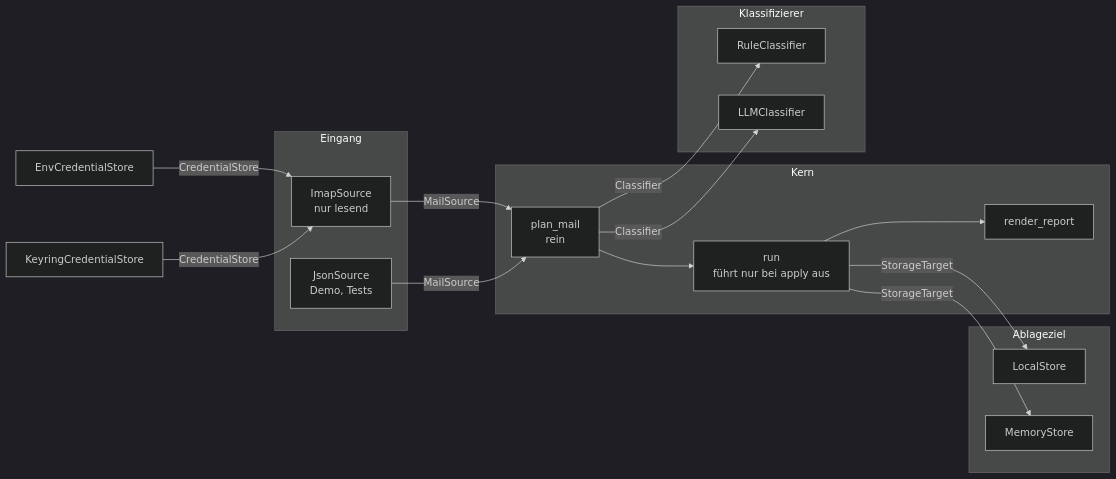
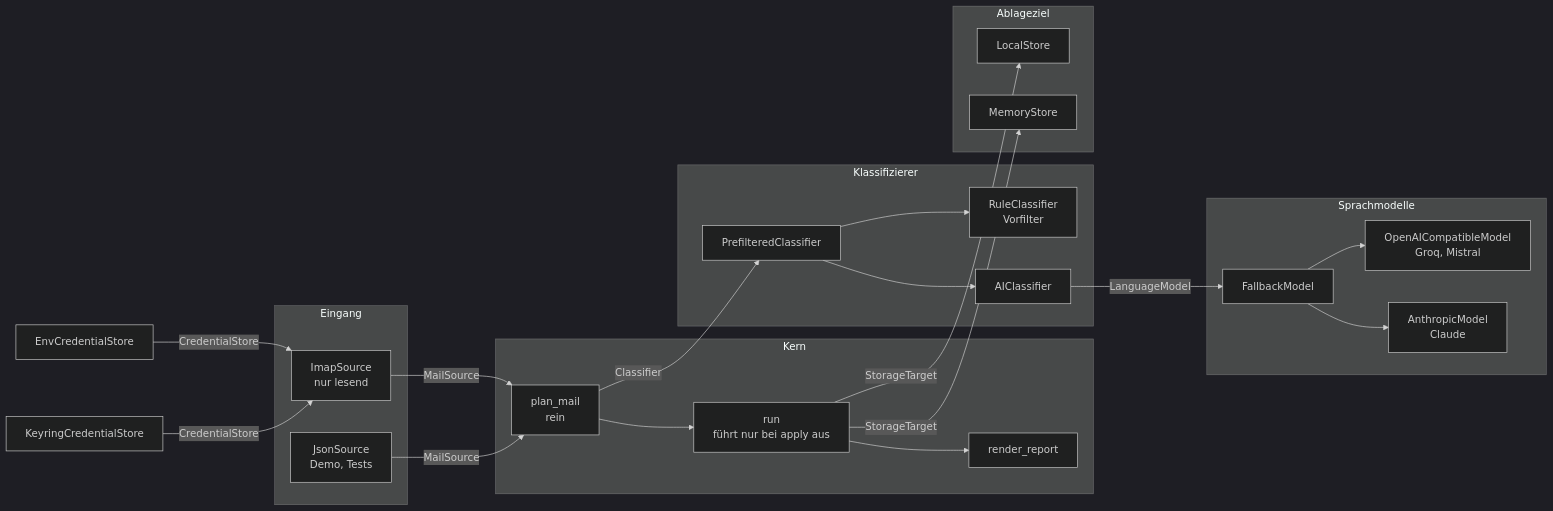
The first of 2 diagrams in docs/architecture.md (trais92/paperpilot), drawn with Mermaid (dark theme) before and after one commit. The commit also changed other lines of this file and 31 other files, not shown here.

First line of the commit message:
KI-Schicht: Port LanguageModel, Groq/Mistral über urllib, Claude über SDK, Vorfilter

````diff
--- a/docs/architecture.md
+++ b/docs/architecture.md
@@ -9,23 +9,28 @@
 ```mermaid
 flowchart LR
     subgraph Adapter_ein[Eingang]
         IMAP[ImapSource<br/>nur lesend]
         JSON[JsonSource<br/>Demo, Tests]
     end
     subgraph Kern
         PL[plan_mail<br/>rein] --> RUN[run<br/>führt nur bei apply aus]
         RUN --> REP[render_report]
     end
     subgraph Adapter_ki[Klassifizierer]
-        RC[RuleClassifier]
-        LC[LLMClassifier]
+        PF[PrefilteredClassifier] --> RC[RuleClassifier<br/>Vorfilter]
+        PF --> AI[AIClassifier]
+    end
+    subgraph Adapter_lm[Sprachmodelle]
+        FB[FallbackModel] --> OC[OpenAICompatibleModel<br/>Groq, Mistral]
+        FB --> AN[AnthropicModel<br/>Claude]
     end
     subgraph Adapter_aus[Ablageziel]
         LS[LocalStore]
         MS[MemoryStore]
     end
     IMAP & JSON -- MailSource --> PL
-    PL -- Classifier --> RC & LC
+    PL -- Classifier --> PF
+    AI -- LanguageModel --> FB
     RUN -- StorageTarget --> LS & MS
     ENV[EnvCredentialStore] & KR[KeyringCredentialStore] -- CredentialStore --> IMAP
 ```
````
